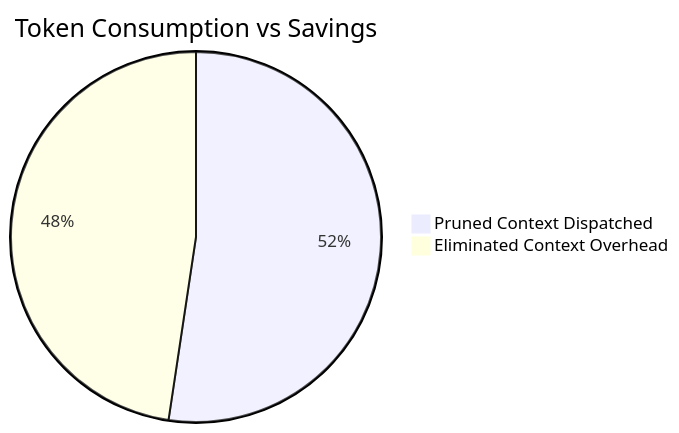
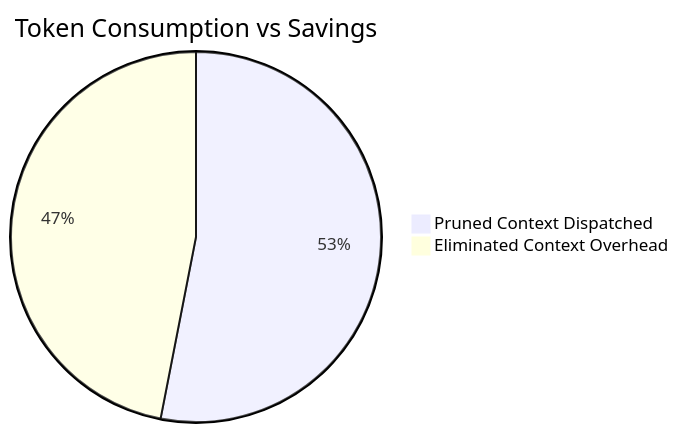
Before and after one commit to lakhwindersingh/nb_fairyfly: the diagram in workplace/docs/reports/token_savings_report.md, drawn with Mermaid. The commit also changed other lines of this file and 30 other files, not shown here.

````diff
--- a/workplace/docs/reports/token_savings_report.md
+++ b/workplace/docs/reports/token_savings_report.md
@@ -26,5 +26,5 @@
 ```mermaid
 pie title Token Consumption vs Savings
-    "Pruned Context Dispatched" : 474019
-    "Eliminated Context Overhead" : 431098
+    "Pruned Context Dispatched" : 3351900
+    "Eliminated Context Overhead" : 2964680
 ```
````
